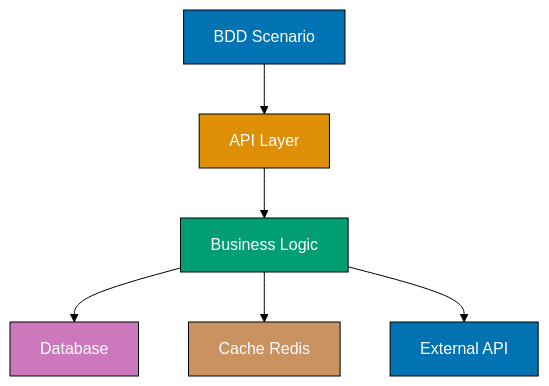
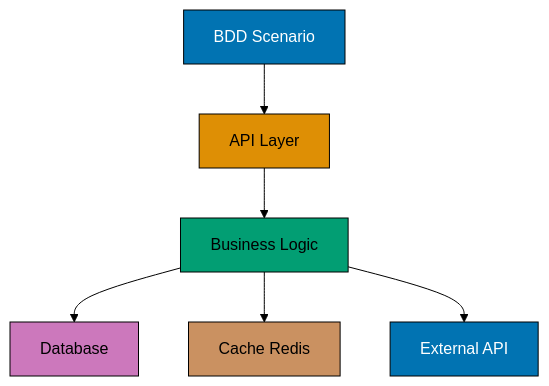
One commit to wahidyankf/ose-public changed the eighth of 9 diagrams in apps/ayokoding-www/content/en/learn/legacy/software-engineering/development/behavior-driven-development-bdd/by-example/intermediate.md. Above: the diagram before and after it, drawn with Mermaid (forest theme). The commit also changed other lines of this file and 78 other files, not shown here.

First line of the commit message:
fix(mermaid): bring the remaining legacy software-engineering diagrams onto the accessible palette

````diff
--- a/apps/ayokoding-www/content/en/learn/legacy/software-engineering/development/behavior-driven-development-bdd/by-example/intermediate.md
+++ b/apps/ayokoding-www/content/en/learn/legacy/software-engineering/development/behavior-driven-development-bdd/by-example/intermediate.md
@@ -6701,15 +6743,23 @@
 ```mermaid
 graph TB
+    accTitle: Example 57: Integration Testing Patterns
+    accDescr: Graph with 6 nodes and 5 connections. Nodes: BDD Scenario, API Layer, Business Logic, Database, Cache Redis, External API. Connections: BDD Scenario to API Layer, API Layer to Business Logic, Business Logic to Database, Business Logic to Cache Redis, Business Logic to External API.
     A[BDD Scenario] --> B[API Layer]
     B --> C[Business Logic]
     C --> D[Database]
     C --> E[Cache Redis]
     C --> F[External API]
 
-    style A fill:#0173B2,stroke:#000,color:#fff
-    style B fill:#DE8F05,stroke:#000,color:#fff
-    style C fill:#029E73,stroke:#000,color:#fff
-    style D fill:#CC78BC,stroke:#000,color:#fff
-    style E fill:#CA9161,stroke:#000,color:#fff
-    style F fill:#0173B2,stroke:#000,color:#fff
+    classDef pal-0173B2 fill:#0173B2,stroke:#000000,color:#FFFFFF
+    class A pal-0173B2
+    classDef pal-DE8F05 fill:#DE8F05,stroke:#000000,color:#000000
+    class B pal-DE8F05
+    classDef pal-029E73 fill:#029E73,stroke:#000000,color:#000000
+    class C pal-029E73
+    classDef pal-CC78BC fill:#CC78BC,stroke:#000000,color:#000000
+    class D pal-CC78BC
+    classDef pal-CA9161 fill:#CA9161,stroke:#000000,color:#000000
+    class E pal-CA9161
+    class F pal-0173B2
+    classDef default fill:#FFFFFF,stroke:#000000,color:#000000
 ```
````
